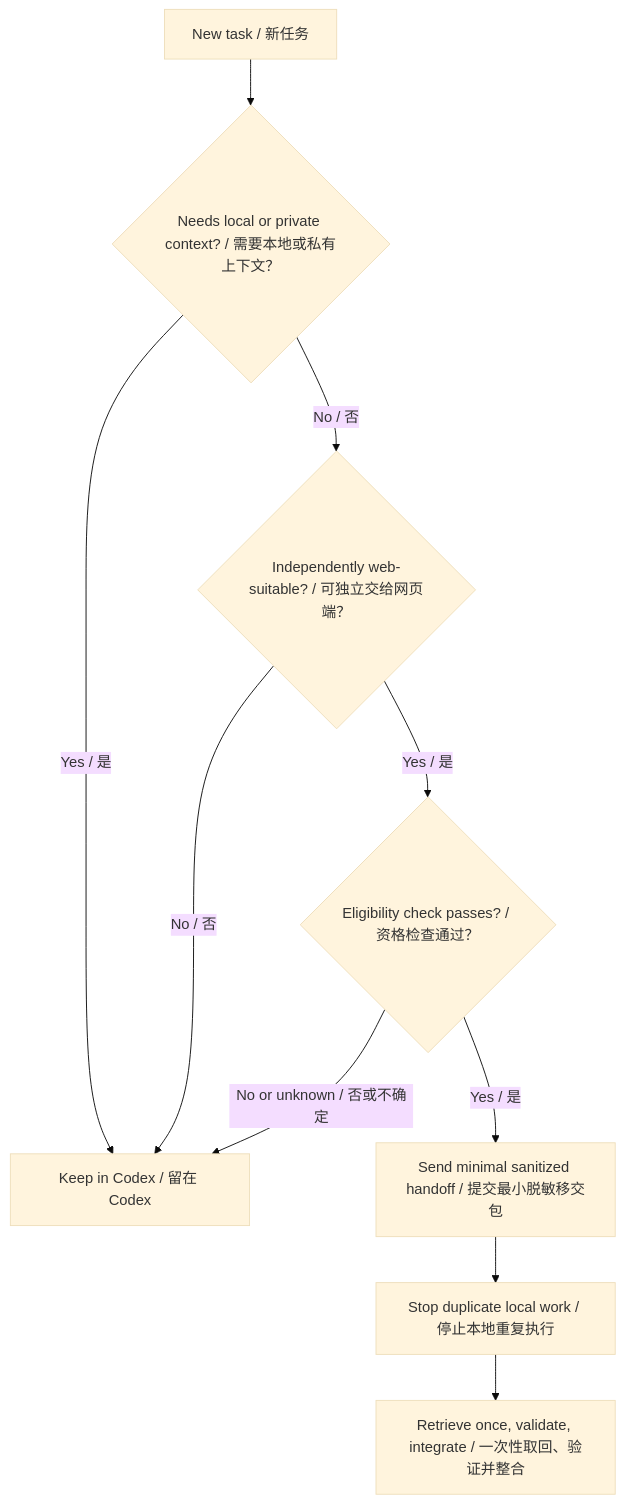
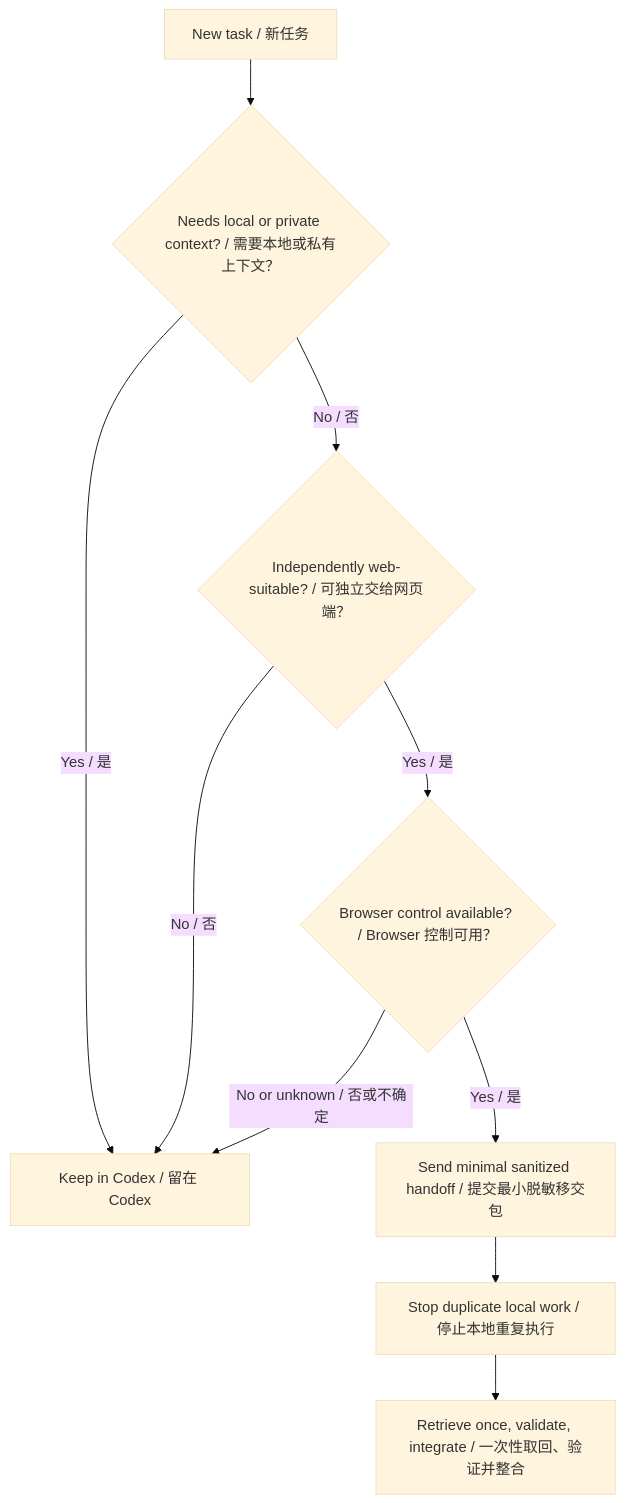
One commit to fuguang-AI/codex-chatgpt-routing-template changed the diagram in README.md. Above: the diagram before and after it, drawn with Mermaid (base theme). The commit also changed other lines of this file and 1 other file, not shown here.

````diff
--- a/README.md
+++ b/README.md
@@ -18,12 +18,12 @@
 ```mermaid
 flowchart TD
     A["New task / 新任务"] --> B{"Needs local or private context? / 需要本地或私有上下文？"}
     B -- "Yes / 是" --> C["Keep in Codex / 留在 Codex"]
     B -- "No / 否" --> D{"Independently web-suitable? / 可独立交给网页端？"}
     D -- "No / 否" --> C
-    D -- "Yes / 是" --> E{"Eligibility check passes? / 资格检查通过？"}
+    D -- "Yes / 是" --> E{"Browser control available? / Browser 控制可用？"}
     E -- "No or unknown / 否或不确定" --> C
     E -- "Yes / 是" --> F["Send minimal sanitized handoff / 提交最小脱敏移交包"]
     F --> G["Stop duplicate local work / 停止本地重复执行"]
     G --> H["Retrieve once, validate, integrate / 一次性取回、验证并整合"]
 ```
````
